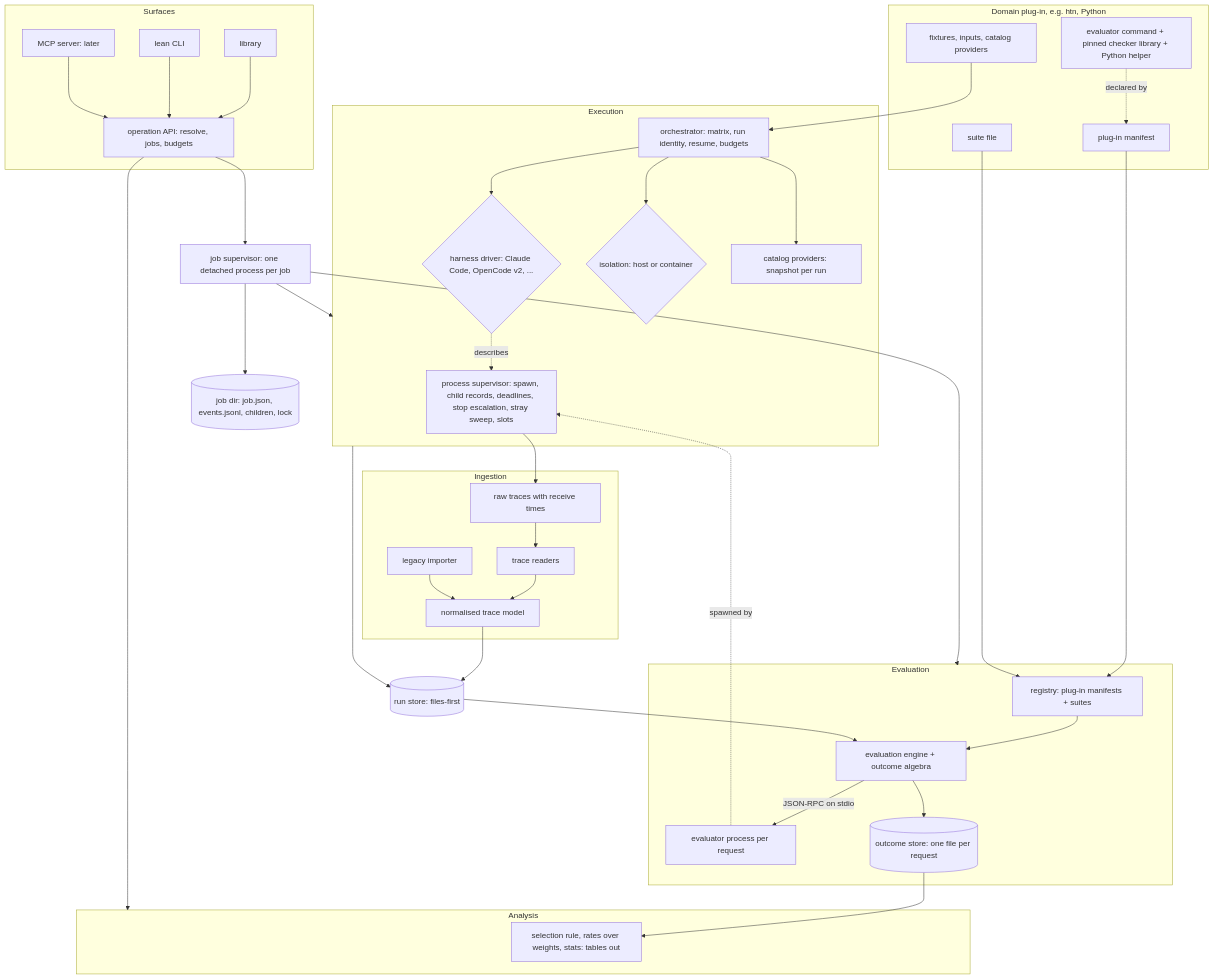
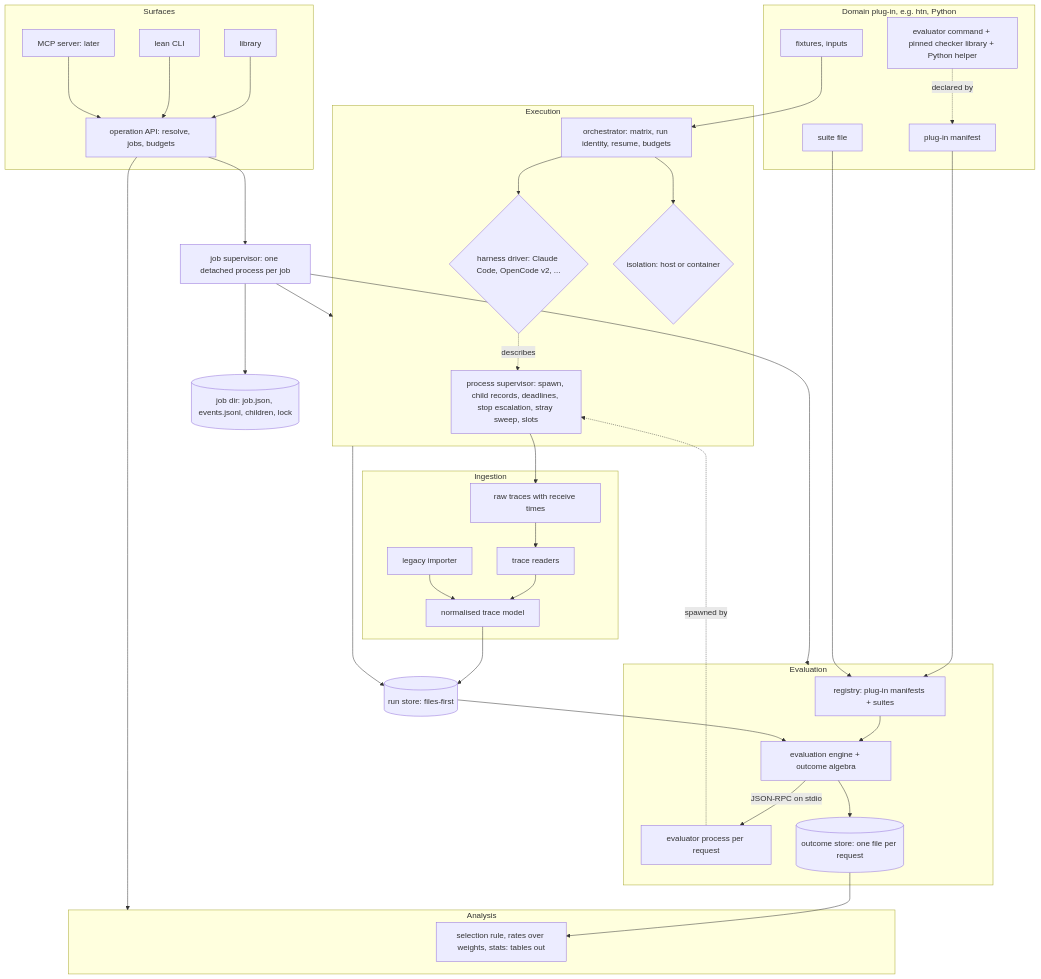
Before and after one commit to CrackingShells/Candler: the second of 5 diagrams in __design__/architecture.md, drawn with Mermaid. The commit also changed other lines of this file and 2 other files, not shown here.

First line of the commit message:
docs(readme): state a run's tools by the MCP config, census and trace

````diff
--- a/__design__/architecture.md
+++ b/__design__/architecture.md
@@ -57,44 +57,43 @@
 ```mermaid
 graph TD
   subgraph Surfaces
     LIB[library] --> API
     CLI[lean CLI] --> API
     MCP[MCP server: later] --> API
   end
   API[operation API: resolve, jobs, budgets] --> JOB
   JOB[job supervisor: one detached process per job] --> EXE
   JOB --> EVA
   API --> ANA
   SUP[process supervisor: spawn, child records, deadlines, stop escalation, stray sweep, slots]
   subgraph EXE [Execution]
     ORCH[orchestrator: matrix, run identity, resume, budgets] --> HD{harness driver: Claude Code, OpenCode v2, ...}
     ORCH --> ISO{isolation: host or container}
-    ORCH --> CAT[catalog providers: snapshot per run]
     HD -.describes.-> SUP
   end
   subgraph ING [Ingestion]
     RAW[raw traces with receive times] --> TR[trace readers] --> TM[normalised trace model]
     LEG[legacy importer] --> TM
   end
   SUP --> RAW
   EXE --> STORE[(run store: files-first)]
   TM --> STORE
   subgraph EVA [Evaluation]
     REG[registry: plug-in manifests + suites] --> ENG[evaluation engine + outcome algebra]
     ENG -->|JSON-RPC on stdio| EVP[evaluator process per request]
     ENG --> OUT[(outcome store: one file per request)]
   end
   STORE --> ENG
   EVP -.spawned by.-> SUP
   JOB --> EVT[(job dir: job.json, events.jsonl, children, lock)]
   subgraph ANA [Analysis]
     AGG[selection rule, rates over weights, stats: tables out]
   end
   OUT --> AGG
   subgraph PLUG [Domain plug-in, e.g. htn, Python]
     MAN[plug-in manifest] --> REG
     SS[suite file] --> REG
     EV[evaluator command + pinned checker library + Python helper] -.declared by.-> MAN
-    FX[fixtures, inputs, catalog providers] --> ORCH
+    FX[fixtures, inputs] --> ORCH
   end
 ```
````
